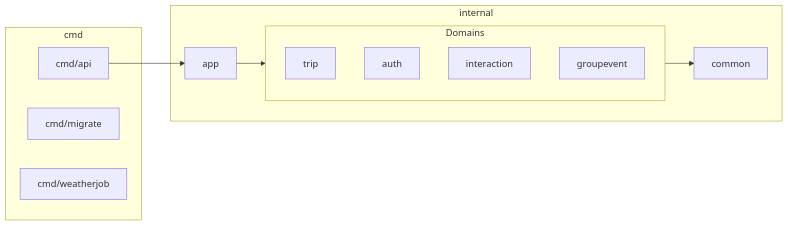
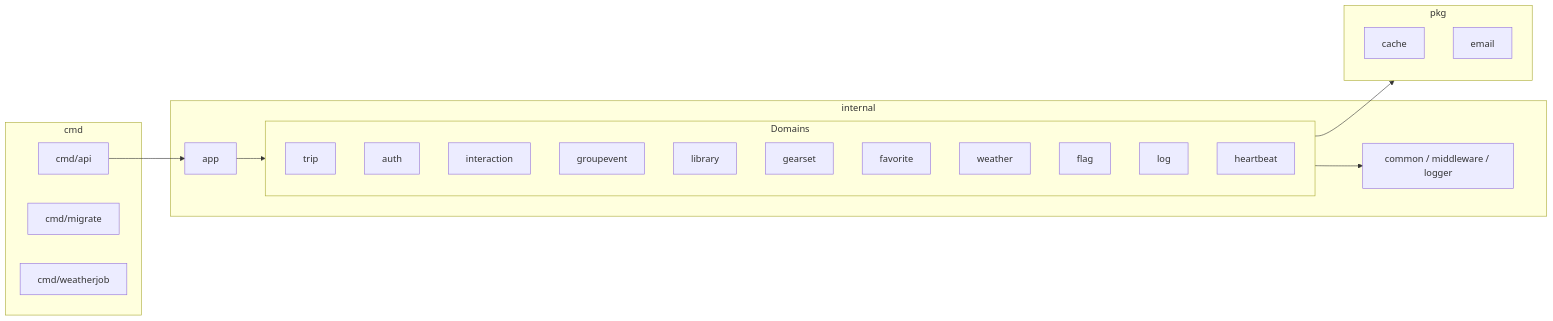
One commit to dectecx/SummitMate changed the second of 2 diagrams in docs/architecture/OVERVIEW.md. Above: the diagram before and after it, drawn with Mermaid. The commit also changed other lines of this file and 8 other files, not shown here.

First line of the commit message:
docs: update architecture and API documentation

````diff
--- a/docs/architecture/OVERVIEW.md
+++ b/docs/architecture/OVERVIEW.md
@@ -31,23 +31,36 @@
 ```mermaid
 graph LR
     subgraph cmd
         API[cmd/api]
         Migrate[cmd/migrate]
         WeatherJob[cmd/weatherjob]
     end
 
     subgraph internal
         App[app]
-        Common[common]
+        Common[common / middleware / logger]
         subgraph Domains
             Trip[trip]
             Auth[auth]
             Interaction[interaction]
             GroupEvent[groupevent]
+            Library[library]
+            GearSet[gearset]
+            Favorite[favorite]
+            Weather[weather]
+            Flag[flag]
+            Log[log]
+            Heartbeat[heartbeat]
         end
+    end
+
+    subgraph pkg
+        Cache[cache]
+        Email[email]
     end
 
     API --> App
     App --> Domains
     Domains --> Common
+    Domains --> pkg
 ```
````
